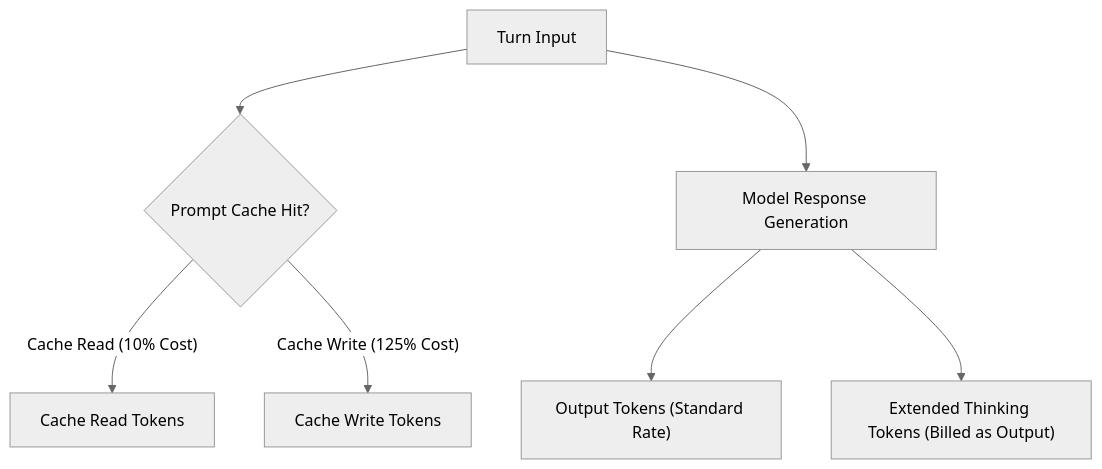
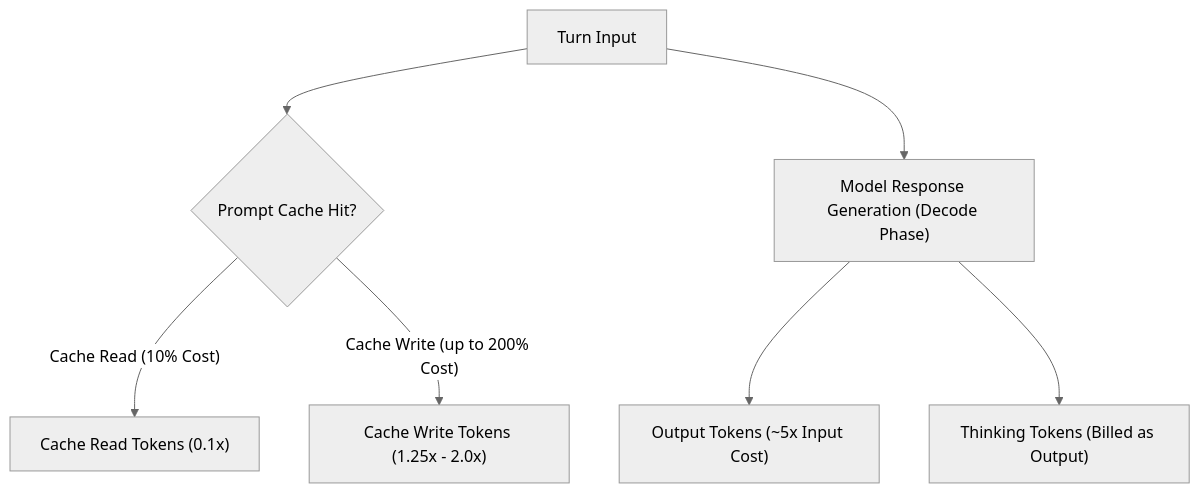
Before and after one commit to lucos123/tluc-wiki: the diagram in wiki/concepts/Token Economics.md, drawn with Mermaid (neutral theme). The commit also changed other lines of this file and 26 other files, not shown here.

````diff
--- a/wiki/concepts/Token Economics.md
+++ b/wiki/concepts/Token Economics.md
@@ -20,9 +20,9 @@
 ```mermaid
 graph TD
     Prompt["Turn Input"] --> CacheCheck{"Prompt Cache Hit?"}
-    CacheCheck -- "Cache Read (10% Cost)" --> CacheRead["Cache Read Tokens"]
-    CacheCheck -- "Cache Write (125% Cost)" --> CacheWrite["Cache Write Tokens"]
-    Prompt --> Gen["Model Response Generation"]
-    Gen --> OutputTokens["Output Tokens (Standard Rate)"]
-    Gen --> ThinkingTokens["Extended Thinking Tokens (Billed as Output)"]
+    CacheCheck -- "Cache Read (10% Cost)" --> CacheRead["Cache Read Tokens (0.1x)"]
+    CacheCheck -- "Cache Write (up to 200% Cost)" --> CacheWrite["Cache Write Tokens (1.25x - 2.0x)"]
+    Prompt --> Gen["Model Response Generation (Decode Phase)"]
+    Gen --> OutputTokens["Output Tokens (~5x Input Cost)"]
+    Gen --> ThinkingTokens["Thinking Tokens (Billed as Output)"]
 ```
````
